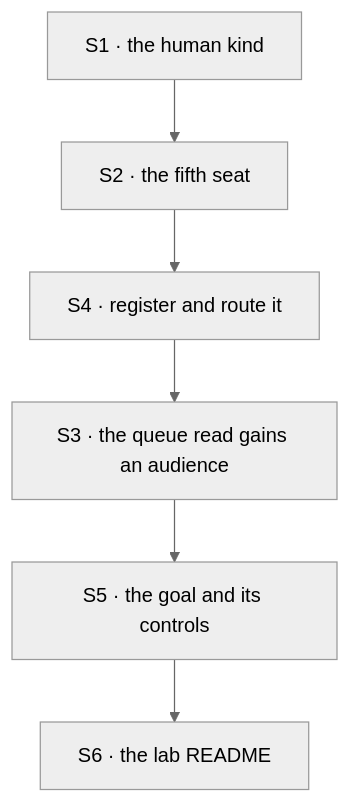
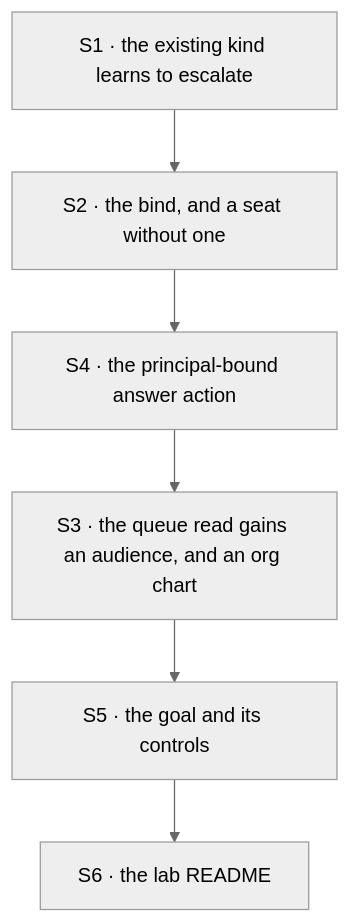
One commit to fixpoint-labs/flow-state-dev changed the diagram in spec/FIX-1458/PLAN.md. Above: the diagram before and after it, drawn with Mermaid (neutral theme). The commit also changed other lines of this file and 19 other files, not shown here.

````diff
--- a/spec/FIX-1458/PLAN.md
+++ b/spec/FIX-1458/PLAN.md
@@ -27,8 +33,8 @@
 ```mermaid
 flowchart TD
-  S1["S1 · the human kind"] --> S2["S2 · the fifth seat"]
-  S2 --> S4["S4 · register and route it"]
-  S4 --> S3["S3 · the queue read gains an audience"]
+  S1["S1 · the existing kind learns to escalate"] --> S2["S2 · the bind, and a seat without one"]
+  S2 --> S4["S4 · the principal-bound answer action"]
+  S4 --> S3["S3 · the queue read gains an audience, and an org chart"]
   S3 --> S5["S5 · the goal and its controls"]
   S5 --> S6["S6 · the lab README"]
 ```
````
